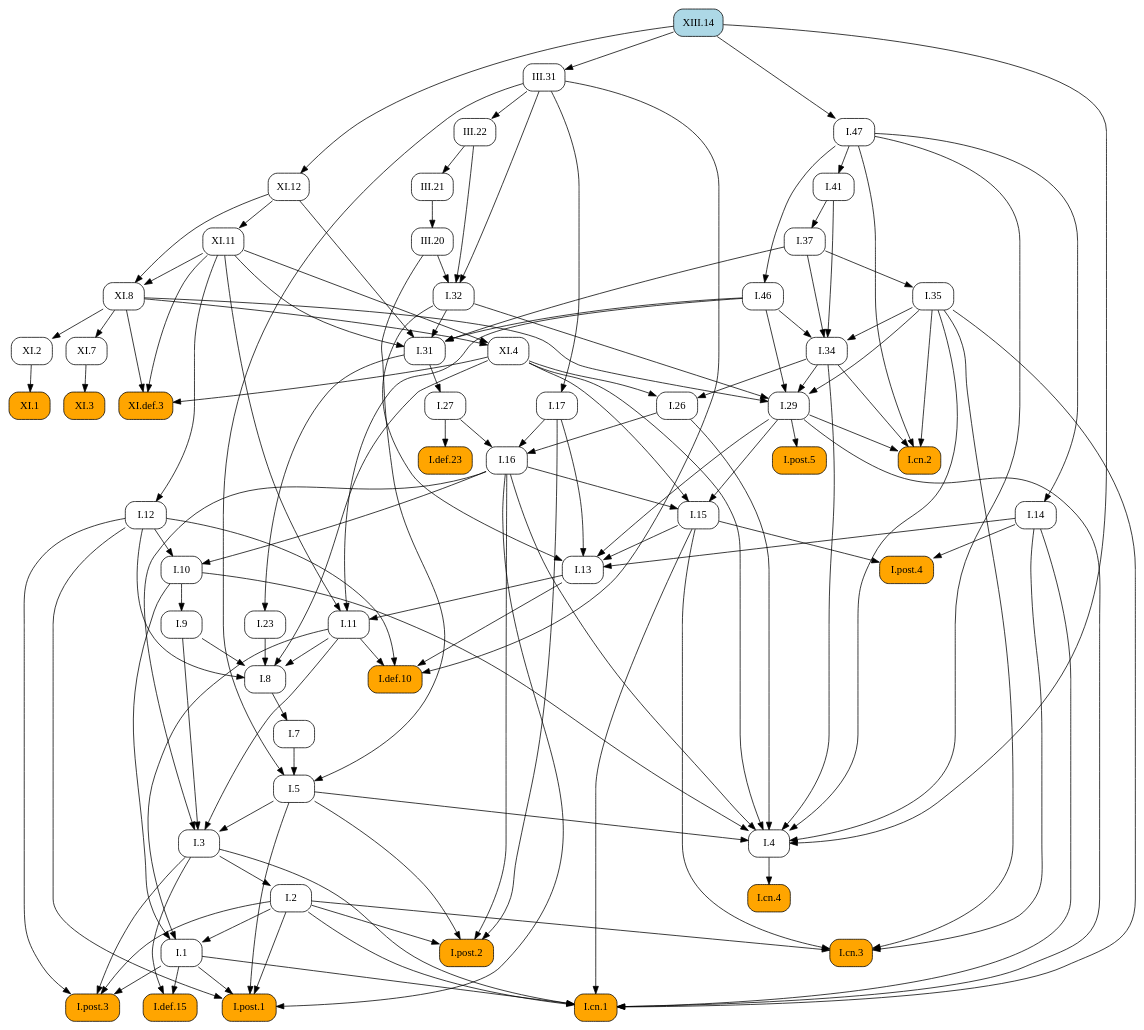
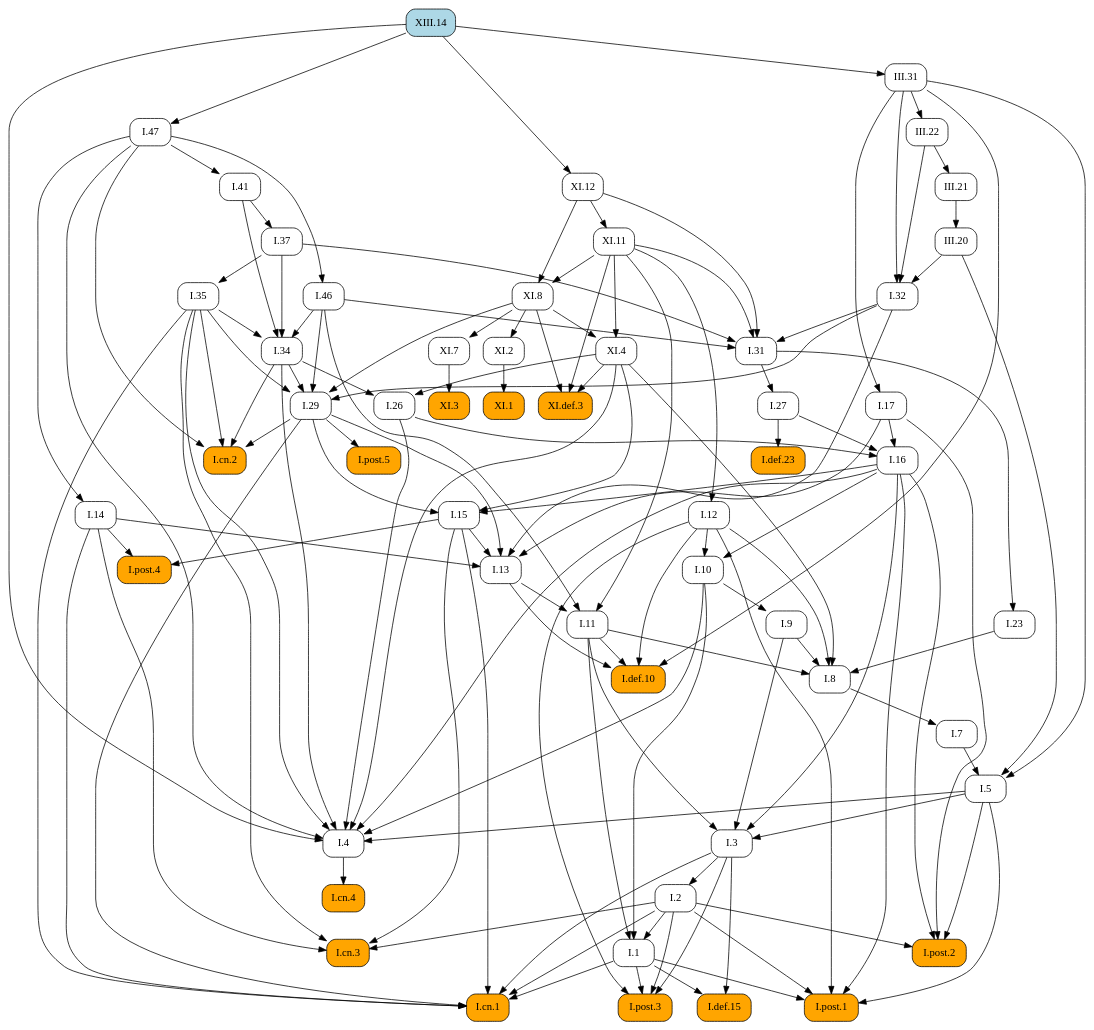
Before and after one commit to geometor/elements: the diagram in docsrc/heath/XIII/14/index.rst, drawn with Graphviz. The commit also changed other lines of this file and 1029 other files, not shown here.

```diff
--- a/docsrc/heath/XIII/14/index.rst
+++ b/docsrc/heath/XIII/14/index.rst
@@ -63,125 +63,135 @@
    digraph {
      rankdir="TB";
      node [shape=box, style=rounded];
+     "I.def.10" [style="rounded,filled", fillcolor=orange, URL="/heath/I/def.10/", target="_top"];
+     "I.11" [URL="/heath/I/11/", target="_top"];
+     "I.post.4" [style="rounded,filled", fillcolor=orange, URL="/heath/I/post.4/", target="_top"];
+     "XI.def.3" [style="rounded,filled", fillcolor=orange, URL="/heath/XI/def.3/", target="_top"];
+     "I.1" [URL="/heath/I/1/", target="_top"];
+     "XI.12" [URL="/heath/XI/12/", target="_top"];
+     "I.26" [URL="/heath/I/26/", target="_top"];
+     "XI.7" [URL="/heath/XI/7/", target="_top"];
+     "I.29" [URL="/heath/I/29/", target="_top"];
+     "III.20" [URL="/heath/III/20/", target="_top"];
+     "I.cn.2" [style="rounded,filled", fillcolor=orange, URL="/heath/I/cn.2/", target="_top"];
+     "III.31" [URL="/heath/III/31/", target="_top"];
+     "XI.8" [URL="/heath/XI/8/", target="_top"];
+     "I.47" [URL="/heath/I/47/", target="_top"];
+     "I.def.15" [style="rounded,filled", fillcolor=orange, URL="/heath/I/def.15/", target="_top"];
+     "XI.11" [URL="/heath/XI/11/", target="_top"];
+     "I.post.3" [style="rounded,filled", fillcolor=orange, URL="/heath/I/post.3/", target="_top"];
+     "XI.1" [style="rounded,filled", fillcolor=orange, URL="/heath/XI/1/", target="_top"];
+     "I.cn.1" [style="rounded,filled", fillcolor=orange, URL="/heath/I/cn.1/", target="_top"];
      "I.cn.3" [style="rounded,filled", fillcolor=orange, URL="/heath/I/cn.3/", target="_top"];
+     "XI.2" [URL="/heath/XI/2/", target="_top"];
+     "I.14" [URL="/heath/I/14/", target="_top"];
+     "I.23" [URL="/heath/I/23/", target="_top"];
+     "I.post.1" [style="rounded,filled", fillcolor=orange, URL="/heath/I/post.1/", target="_top"];
+     "I.35" [URL="/heath/I/35/", target="_top"];
+     "I.41" [URL="/heath/I/41/", target="_top"];
+     "I.27" [URL="/heath/I/27/", target="_top"];
+     "I.46" [URL="/heath/I/46/", target="_top"];
+     "I.37" [URL="/heath/I/37/", target="_top"];
+     "I.34" [URL="/heath/I/34/", target="_top"];
+     "I.3" [URL="/heath/I/3/", target="_top"];
+     "I.7" [URL="/heath/I/7/", target="_top"];
+     "I.2" [URL="/heath/I/2/", target="_top"];
+     "I.4" [URL="/heath/I/4/", target="_top"];
+     "I.def.23" [style="rounded,filled", fillcolor=orange, URL="/heath/I/def.23/", target="_top"];
+     "XIII.14" [style="rounded,filled", fillcolor=lightblue, URL="/heath/XIII/14/", target="_top"];
+     "I.13" [URL="/heath/I/13/", target="_top"];
+     "I.17" [URL="/heath/I/17/", target="_top"];
+     "I.12" [URL="/heath/I/12/", target="_top"];
+     "I.31" [URL="/heath/I/31/", target="_top"];
+     "I.post.2" [style="rounded,filled", fillcolor=orange, URL="/heath/I/post.2/", target="_top"];
+     "I.16" [URL="/heath/I/16/", target="_top"];
+     "I.9" [URL="/heath/I/9/", target="_top"];
+     "I.32" [URL="/heath/I/32/", target="_top"];
+     "I.8" [URL="/heath/I/8/", target="_top"];
+     "I.cn.4" [style="rounded,filled", fillcolor=orange, URL="/heath/I/cn.4/", target="_top"];
+     "I.15" [URL="/heath/I/15/", target="_top"];
+     "III.21" [URL="/heath/III/21/", target="_top"];
      "III.22" [URL="/heath/III/22/", target="_top"];
-     "XI.11" [URL="/heath/XI/11/", target="_top"];
-     "I.29" [URL="/heath/I/29/", target="_top"];
-     "I.7" [URL="/heath/I/7/", target="_top"];
-     "I.27" [URL="/heath/I/27/", target="_top"];
-     "I.37" [URL="/heath/I/37/", target="_top"];
-     "I.def.23" [style="rounded,filled", fillcolor=orange, URL="/heath/I/def.23/", target="_top"];
-     "I.34" [URL="/heath/I/34/", target="_top"];
-     "I.8" [URL="/heath/I/8/", target="_top"];
-     "I.9" [URL="/heath/I/9/", target="_top"];
-     "XIII.14" [style="rounded,filled", fillcolor=lightblue, URL="/heath/XIII/14/", target="_top"];
      "XI.4" [URL="/heath/XI/4/", target="_top"];
-     "I.post.4" [style="rounded,filled", fillcolor=orange, URL="/heath/I/post.4/", target="_top"];
-     "III.20" [URL="/heath/III/20/", target="_top"];
-     "I.2" [URL="/heath/I/2/", target="_top"];
-     "I.def.15" [style="rounded,filled", fillcolor=orange, URL="/heath/I/def.15/", target="_top"];
-     "I.1" [URL="/heath/I/1/", target="_top"];
-     "I.post.1" [style="rounded,filled", fillcolor=orange, URL="/heath/I/post.1/", target="_top"];
-     "XI.1" [style="rounded,filled", fillcolor=orange, URL="/heath/XI/1/", target="_top"];
-     "I.cn.4" [style="rounded,filled", fillcolor=orange, URL="/heath/I/cn.4/", target="_top"];
-     "I.26" [URL="/heath/I/26/", target="_top"];
-     "III.31" [URL="/heath/III/31/", target="_top"];
-     "I.13" [URL="/heath/I/13/", target="_top"];
-     "I.23" [URL="/heath/I/23/", target="_top"];
-     "I.cn.2" [style="rounded,filled", fillcolor=orange, URL="/heath/I/cn.2/", target="_top"];
+     "I.post.5" [style="rounded,filled", fillcolor=orange, URL="/heath/I/post.5/", target="_top"];
+     "I.10" [URL="/heath/I/10/", target="_top"];
      "I.5" [URL="/heath/I/5/", target="_top"];
-     "III.21" [URL="/heath/III/21/", target="_top"];
-     "I.11" [URL="/heath/I/11/", target="_top"];
-     "I.10" [URL="/heath/I/10/", target="_top"];
-     "I.4" [URL="/heath/I/4/", target="_top"];
-     "I.3" [URL="/heath/I/3/", target="_top"];
-     "I.16" [URL="/heath/I/16/", target="_top"];
-     "I.31" [URL="/heath/I/31/", target="_top"];
-     "XI.12" [URL="/heath/XI/12/", target="_top"];
-     "I.def.10" [style="rounded,filled", fillcolor=orange, URL="/heath/I/def.10/", target="_top"];
-     "I.46" [URL="/heath/I/46/", target="_top"];
-     "XI.def.3" [style="rounded,filled", fillcolor=orange, URL="/heath/XI/def.3/", target="_top"];
-     "I.post.2" [style="rounded,filled", fillcolor=orange, URL="/heath/I/post.2/", target="_top"];
-     "I.post.3" [style="rounded,filled", fillcolor=orange, URL="/heath/I/post.3/", target="_top"];
-     "I.post.5" [style="rounded,filled", fillcolor=orange, URL="/heath/I/post.5/", target="_top"];
      "XI.3" [style="rounded,filled", fillcolor=orange, URL="/heath/XI/3/", target="_top"];
-     "I.12" [URL="/heath/I/12/", target="_top"];
-     "I.14" [URL="/heath/I/14/", target="_top"];
-     "XI.7" [URL="/heath/XI/7/", target="_top"];
-     "I.35" [URL="/heath/I/35/", target="_top"];
-     "I.47" [URL="/heath/I/47/", target="_top"];
-     "I.15" [URL="/heath/I/15/", target="_top"];
-     "I.17" [URL="/heath/I/17/", target="_top"];
-     "I.cn.1" [style="rounded,filled", fillcolor=orange, URL="/heath/I/cn.1/", target="_top"];
-     "XI.2" [URL="/heath/XI/2/", target="_top"];
-     "I.32" [URL="/heath/I/32/", target="_top"];
-     "XI.8" [URL="/heath/XI/8/", target="_top"];
-     "I.41" [URL="/heath/I/41/", target="_top"];
-     "I.2" -> "I.cn.3";
-     "I.14" -> "I.cn.3";
-     "I.15" -> "I.cn.3";
-     "I.35" -> "I.cn.3";
-     "III.31" -> "III.22";
-     "XI.12" -> "XI.11";
+     "I.11" -> "I.def.10";
+     "I.12" -> "I.def.10";
+     "I.13" -> "I.def.10";
+     "III.31" -> "I.def.10";
+     "I.13" -> "I.11";
+     "I.46" -> "I.11";
+     "XI.11" -> "I.11";
+     "I.14" -> "I.post.4";
+     "I.15" -> "I.post.4";
+     "XI.4" -> "XI.def.3";
+     "XI.8" -> "XI.def.3";
+     "XI.11" -> "XI.def.3";
+     "I.2" -> "I.1";
+     "I.10" -> "I.1";
+     "I.11" -> "I.1";
+     "XIII.14" -> "XI.12";
+     "I.34" -> "I.26";
+     "XI.4" -> "I.26";
+     "XI.8" -> "XI.7";
      "I.32" -> "I.29";
      "I.34" -> "I.29";
      "I.35" -> "I.29";
      "I.46" -> "I.29";
      "XI.8" -> "I.29";
-     "I.8" -> "I.7";
-     "I.31" -> "I.27";
-     "I.41" -> "I.37";
-     "I.27" -> "I.def.23";
-     "I.35" -> "I.34";
-     "I.37" -> "I.34";
-     "I.41" -> "I.34";
-     "I.46" -> "I.34";
-     "I.9" -> "I.8";
-     "I.11" -> "I.8";
-     "I.12" -> "I.8";
-     "I.23" -> "I.8";
-     "XI.4" -> "I.8";
-     "I.10" -> "I.9";
-     "XI.8" -> "XI.4";
-     "XI.11" -> "XI.4";
-     "I.14" -> "I.post.4";
-     "I.15" -> "I.post.4";
      "III.21" -> "III.20";
-     "I.3" -> "I.2";
+     "I.29" -> "I.cn.2";
+     "I.34" -> "I.cn.2";
+     "I.35" -> "I.cn.2";
+     "I.47" -> "I.cn.2";
+     "XIII.14" -> "III.31";
+     "XI.11" -> "XI.8";
+     "XI.12" -> "XI.8";
+     "XIII.14" -> "I.47";
      "I.1" -> "I.def.15";
      "I.3" -> "I.def.15";
-     "I.2" -> "I.1";
-     "I.10" -> "I.1";
-     "I.11" -> "I.1";
+     "XI.12" -> "XI.11";
+     "I.1" -> "I.post.3";
+     "I.2" -> "I.post.3";
+     "I.3" -> "I.post.3";
+     "I.12" -> "I.post.3";
+     "XI.2" -> "XI.1";
+     "I.1" -> "I.cn.1";
+     "I.2" -> "I.cn.1";
+     "I.3" -> "I.cn.1";
+     "I.14" -> "I.cn.1";
+     "I.15" -> "I.cn.1";
+     "I.29" -> "I.cn.1";
+     "I.35" -> "I.cn.1";
+     "I.2" -> "I.cn.3";
+     "I.14" -> "I.cn.3";
+     "I.15" -> "I.cn.3";
+     "I.35" -> "I.cn.3";
+     "XI.8" -> "XI.2";
+     "I.47" -> "I.14";
+     "I.31" -> "I.23";
      "I.1" -> "I.post.1";
      "I.2" -> "I.post.1";
      "I.5" -> "I.post.1";
      "I.12" -> "I.post.1";
      "I.16" -> "I.post.1";
-     "XI.2" -> "XI.1";
-     "I.4" -> "I.cn.4";
-     "I.34" -> "I.26";
-     "XI.4" -> "I.26";
-     "XIII.14" -> "III.31";
-     "I.14" -> "I.13";
-     "I.15" -> "I.13";
-     "I.17" -> "I.13";
-     "I.29" -> "I.13";
-     "I.32" -> "I.13";
-     "I.31" -> "I.23";
-     "I.29" -> "I.cn.2";
-     "I.34" -> "I.cn.2";
-     "I.35" -> "I.cn.2";
-     "I.47" -> "I.cn.2";
-     "I.7" -> "I.5";
-     "III.20" -> "I.5";
-     "III.31" -> "I.5";
-     "III.22" -> "III.21";
-     "I.13" -> "I.11";
-     "I.46" -> "I.11";
-     "XI.11" -> "I.11";
-     "I.12" -> "I.10";
-     "I.16" -> "I.10";
+     "I.37" -> "I.35";
+     "I.47" -> "I.41";
+     "I.31" -> "I.27";
+     "I.47" -> "I.46";
+     "I.41" -> "I.37";
+     "I.35" -> "I.34";
+     "I.37" -> "I.34";
+     "I.41" -> "I.34";
+     "I.46" -> "I.34";
+     "I.5" -> "I.3";
+     "I.9" -> "I.3";
+     "I.11" -> "I.3";
+     "I.16" -> "I.3";
+     "I.8" -> "I.7";
+     "I.3" -> "I.2";
      "I.5" -> "I.4";
      "I.10" -> "I.4";
      "I.16" -> "I.4";
@@ -191,58 +201,48 @@
      "I.47" -> "I.4";
      "XI.4" -> "I.4";
      "XIII.14" -> "I.4";
-     "I.5" -> "I.3";
-     "I.9" -> "I.3";
-     "I.11" -> "I.3";
-     "I.16" -> "I.3";
-     "I.17" -> "I.16";
-     "I.26" -> "I.16";
-     "I.27" -> "I.16";
+     "I.27" -> "I.def.23";
+     "I.14" -> "I.13";
+     "I.15" -> "I.13";
+     "I.17" -> "I.13";
+     "I.29" -> "I.13";
+     "I.32" -> "I.13";
+     "III.31" -> "I.17";
+     "XI.11" -> "I.12";
      "I.32" -> "I.31";
      "I.37" -> "I.31";
      "I.46" -> "I.31";
      "XI.11" -> "I.31";
      "XI.12" -> "I.31";
-     "XIII.14" -> "XI.12";
-     "I.11" -> "I.def.10";
-     "I.12" -> "I.def.10";
-     "I.13" -> "I.def.10";
-     "III.31" -> "I.def.10";
-     "I.47" -> "I.46";
-     "XI.4" -> "XI.def.3";
-     "XI.8" -> "XI.def.3";
-     "XI.11" -> "XI.def.3";
      "I.2" -> "I.post.2";
      "I.5" -> "I.post.2";
      "I.16" -> "I.post.2";
      "I.17" -> "I.post.2";
-     "I.1" -> "I.post.3";
-     "I.2" -> "I.post.3";
-     "I.3" -> "I.post.3";
-     "I.12" -> "I.post.3";
-     "I.29" -> "I.post.5";
-     "XI.7" -> "XI.3";
-     "XI.11" -> "I.12";
-     "I.47" -> "I.14";
-     "XI.8" -> "XI.7";
-     "I.37" -> "I.35";
-     "XIII.14" -> "I.47";
+     "I.17" -> "I.16";
+     "I.26" -> "I.16";
+     "I.27" -> "I.16";
+     "I.10" -> "I.9";
+     "III.20" -> "I.32";
+     "III.22" -> "I.32";
+     "III.31" -> "I.32";
+     "I.9" -> "I.8";
+     "I.11" -> "I.8";
+     "I.12" -> "I.8";
+     "I.23" -> "I.8";
+     "XI.4" -> "I.8";
+     "I.4" -> "I.cn.4";
      "I.16" -> "I.15";
      "I.29" -> "I.15";
      "XI.4" -> "I.15";
-     "III.31" -> "I.17";
-     "I.1" -> "I.cn.1";
-     "I.2" -> "I.cn.1";
-     "I.3" -> "I.cn.1";
-     "I.14" -> "I.cn.1";
-     "I.15" -> "I.cn.1";
-     "I.29" -> "I.cn.1";
-     "I.35" -> "I.cn.1";
-     "XI.8" -> "XI.2";
-     "III.20" -> "I.32";
-     "III.22" -> "I.32";
-     "III.31" -> "I.32";
-     "XI.11" -> "XI.8";
-     "XI.12" -> "XI.8";
-     "I.47" -> "I.41";
+     "III.22" -> "III.21";
+     "III.31" -> "III.22";
+     "XI.8" -> "XI.4";
+     "XI.11" -> "XI.4";
+     "I.29" -> "I.post.5";
+     "I.12" -> "I.10";
+     "I.16" -> "I.10";
+     "I.7" -> "I.5";
+     "III.20" -> "I.5";
+     "III.31" -> "I.5";
+     "XI.7" -> "XI.3";
    }
```
